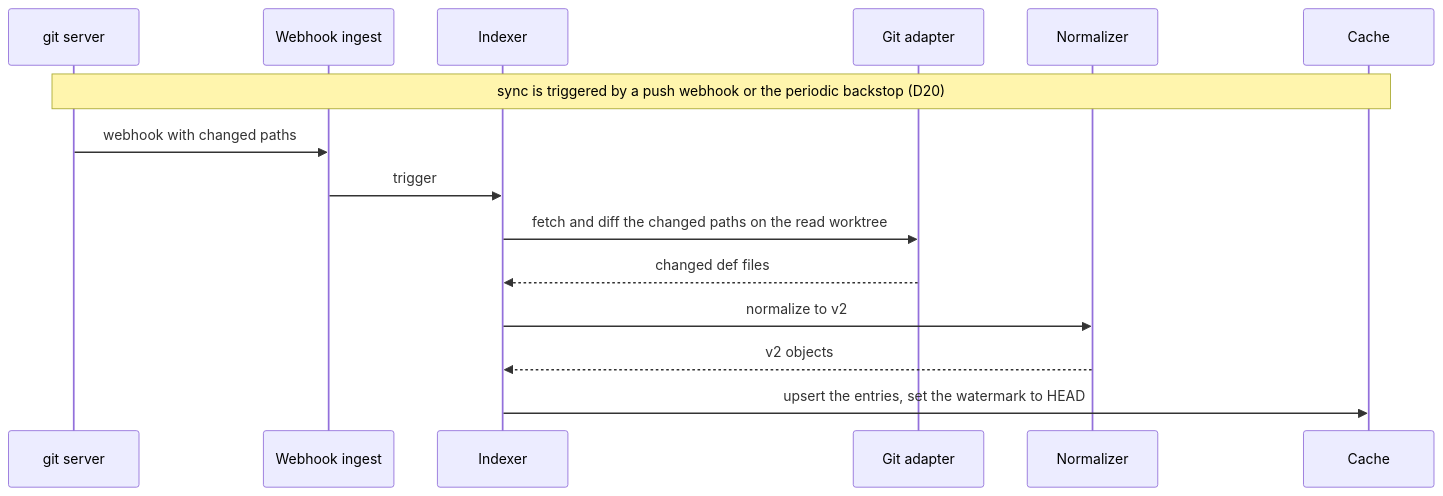
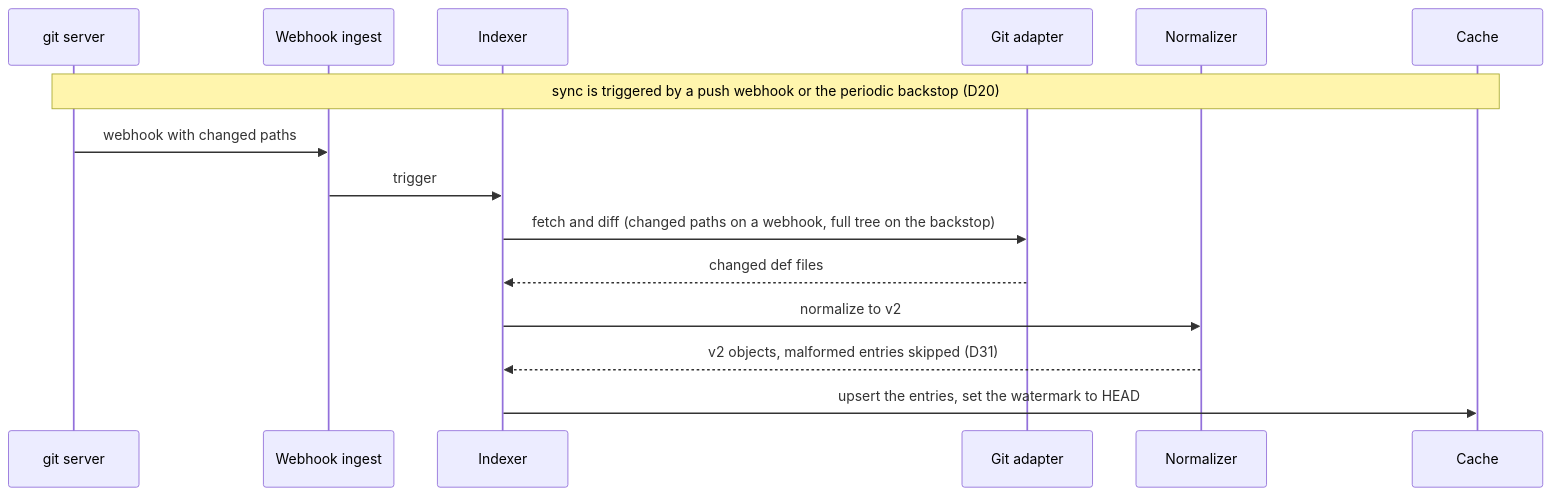
One commit to Netcracker/qubership-envgene changed the fourth of 5 diagrams in docs/analysis/app-reg-def-service/design/architecture.md. Above: the diagram before and after it, drawn with Mermaid. The commit also changed other lines of this file, not shown here.

First line of the commit message:
docs: close completeness gaps and cut redundancy in architecture.md

````diff
--- a/docs/analysis/app-reg-def-service/design/architecture.md
+++ b/docs/analysis/app-reg-def-service/design/architecture.md
@@ -88,17 +85,17 @@
 ```mermaid
 sequenceDiagram
   participant GS as git server
   participant WI as Webhook ingest
   participant IX as Indexer
   participant GA as Git adapter
   participant N as Normalizer
   participant Cache
   Note over GS,Cache: sync is triggered by a push webhook or the periodic backstop (D20)
   GS->>WI: webhook with changed paths
   WI->>IX: trigger
-  IX->>GA: fetch and diff the changed paths on the read worktree
+  IX->>GA: fetch and diff (changed paths on a webhook, full tree on the backstop)
   GA-->>IX: changed def files
   IX->>N: normalize to v2
-  N-->>IX: v2 objects
+  N-->>IX: v2 objects, malformed entries skipped (D31)
   IX->>Cache: upsert the entries, set the watermark to HEAD
 ```
````
